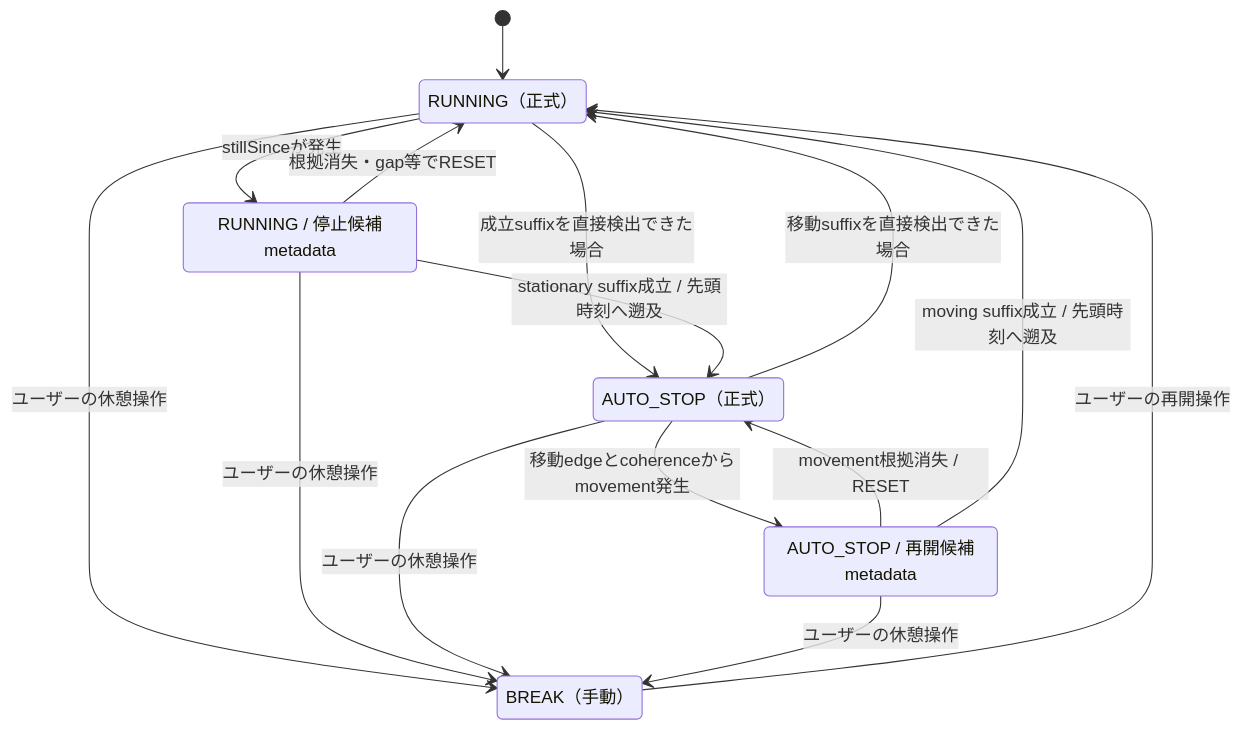
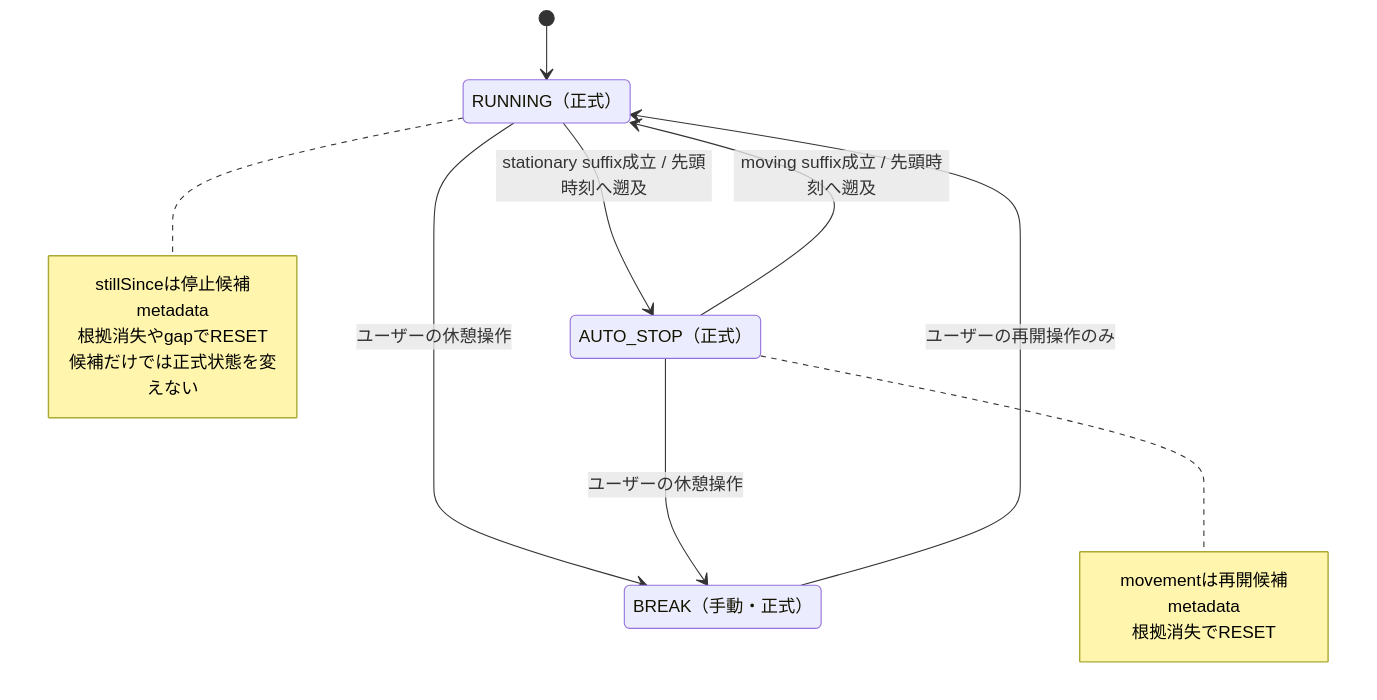
Before and after one commit to yshtysht8sh10-glitch/RunJourney: the third of 3 diagrams in docs/auto-stop-flow-20261031.md, drawn with Mermaid. The commit also changed other lines of this file and 13 other files, not shown here.

````diff
--- a/docs/auto-stop-flow-20261031.md
+++ b/docs/auto-stop-flow-20261031.md
@@ -92,22 +64,21 @@
 ```mermaid
 stateDiagram-v2
   [*] --> Running
   state "RUNNING（正式）" as Running
-  state "RUNNING / 停止候補metadata" as StopCandidate
   state "AUTO_STOP（正式）" as Stopped
-  state "AUTO_STOP / 再開候補metadata" as ResumeCandidate
-  state "BREAK（手動）" as Break
-  Running --> StopCandidate: stillSinceが発生
-  StopCandidate --> Running: 根拠消失・gap等でRESET
-  Running --> Stopped: 成立suffixを直接検出できた場合
-  StopCandidate --> Stopped: stationary suffix成立 / 先頭時刻へ遡及
-  Stopped --> ResumeCandidate: 移動edgeとcoherenceからmovement発生
-  ResumeCandidate --> Stopped: movement根拠消失 / RESET
-  Stopped --> Running: 移動suffixを直接検出できた場合
-  ResumeCandidate --> Running: moving suffix成立 / 先頭時刻へ遡及
+  state "BREAK（手動・正式）" as Break
+  Running --> Stopped: stationary suffix成立 / 先頭時刻へ遡及
+  Stopped --> Running: moving suffix成立 / 先頭時刻へ遡及
   Running --> Break: ユーザーの休憩操作
-  StopCandidate --> Break: ユーザーの休憩操作
   Stopped --> Break: ユーザーの休憩操作
-  ResumeCandidate --> Break: ユーザーの休憩操作
-  Break --> Running: ユーザーの再開操作
+  Break --> Running: ユーザーの再開操作のみ
+  note right of Running
+    stillSinceは停止候補metadata
+    根拠消失やgapでRESET
+    候補だけでは正式状態を変えない
+  end note
+  note right of Stopped
+    movementは再開候補metadata
+    根拠消失でRESET
+  end note
 ```
````
